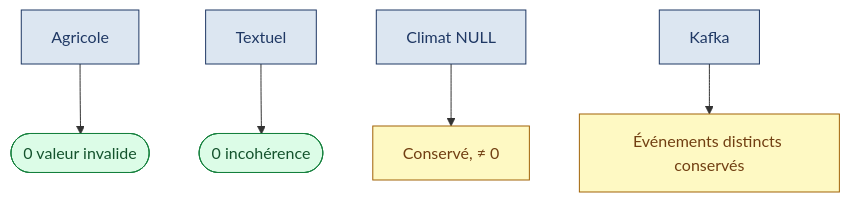
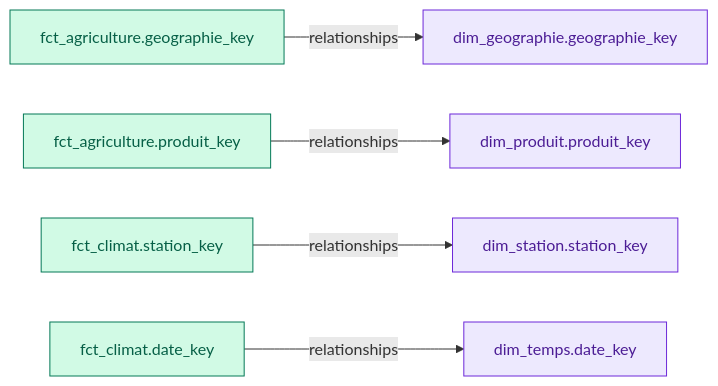
The tenth of 11 diagrams in dbt_project/README_dbt_staging.md (abdoudjigo/assaman-suuf), drawn with Mermaid before and after one commit. The commit also changed other lines of this file, not shown here.

````diff
--- a/dbt_project/README_dbt_staging.md
+++ b/dbt_project/README_dbt_staging.md
@@ -373,14 +420,12 @@
 ```mermaid
-flowchart TB
-    C1["Agricole"] --> OK1(["0 valeur invalide"])
-    C2["Textuel"] --> OK2(["0 incohérence"])
-    C3["Climat NULL"] --> R3["Conservé, ≠ 0"]
-    C4["Kafka"] --> R4["Événements distincts conservés"]
+flowchart LR
+    FA["fct_agriculture.geographie_key"] -->|relationships| DG["dim_geographie.geographie_key"]
+    FA2["fct_agriculture.produit_key"] -->|relationships| DP["dim_produit.produit_key"]
+    FC["fct_climat.station_key"] -->|relationships| DS["dim_station.station_key"]
+    FC2["fct_climat.date_key"] -->|relationships| DT["dim_temps.date_key"]
 
-    classDef controle fill:#DCE6F1,stroke:#1F3864,color:#1F3864
-    classDef ok fill:#DCFCE7,stroke:#15803D,color:#14532D
-    classDef regle fill:#FEF9C3,stroke:#A16207,color:#713F12
-    class C1,C2,C3,C4 controle
-    class OK1,OK2 ok
-    class R3,R4 regle
+    classDef fait fill:#D1FAE5,stroke:#047857,color:#065F46
+    classDef dim fill:#EDE9FE,stroke:#6D28D9,color:#4C1D95
+    class FA,FA2,FC,FC2 fait
+    class DG,DP,DS,DT dim
 ```
````
